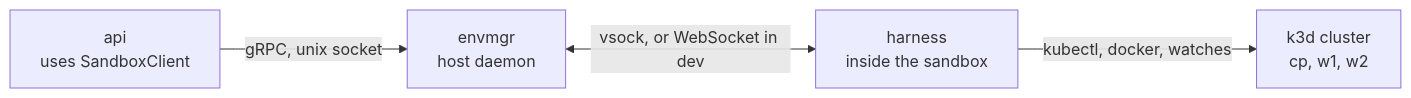
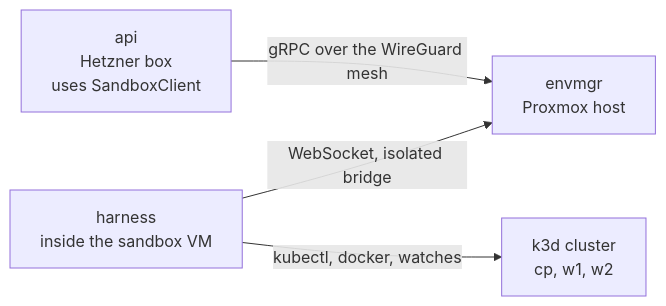
Before and after one commit to kubernetes-learning-platform/sandbox: the diagram in README.md, drawn with Mermaid. The commit also changed other lines of this file and 1 other file, not shown here.

Commit message:
docs: run sandboxes as Proxmox clones with a WebSocket-only harness

````diff
--- a/README.md
+++ b/README.md
@@ -13,11 +13,11 @@
 ```mermaid
 flowchart LR
-    api["api<br/>uses SandboxClient"]
-    envmgr["envmgr<br/>host daemon"]
-    harness["harness<br/>inside the sandbox"]
+    api["api<br/>Hetzner box<br/>uses SandboxClient"]
+    envmgr["envmgr<br/>Proxmox host"]
+    harness["harness<br/>inside the sandbox VM"]
     k3d["k3d cluster<br/>cp, w1, w2"]
 
-    api -->|"gRPC, unix socket"| envmgr
-    envmgr <-->|"vsock, or WebSocket in dev"| harness
+    api -->|"gRPC over the WireGuard mesh"| envmgr
+    harness -->|"WebSocket, isolated bridge"| envmgr
     harness -->|"kubectl, docker, watches"| k3d
 ```
````
